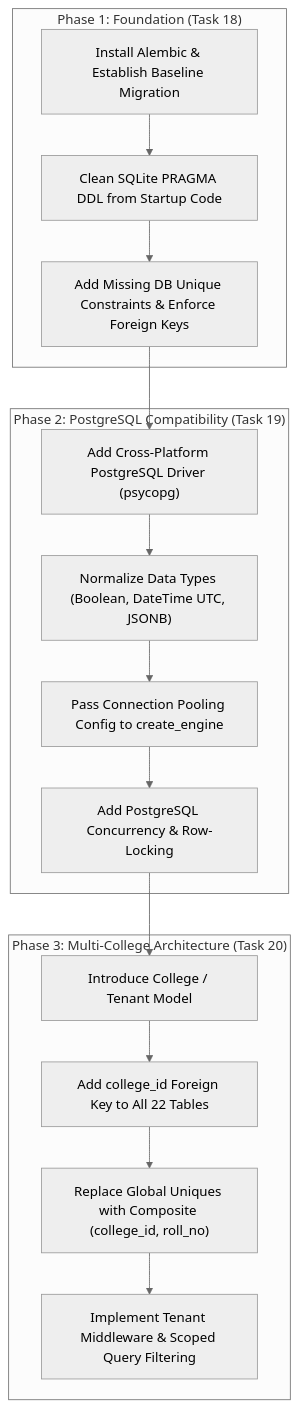
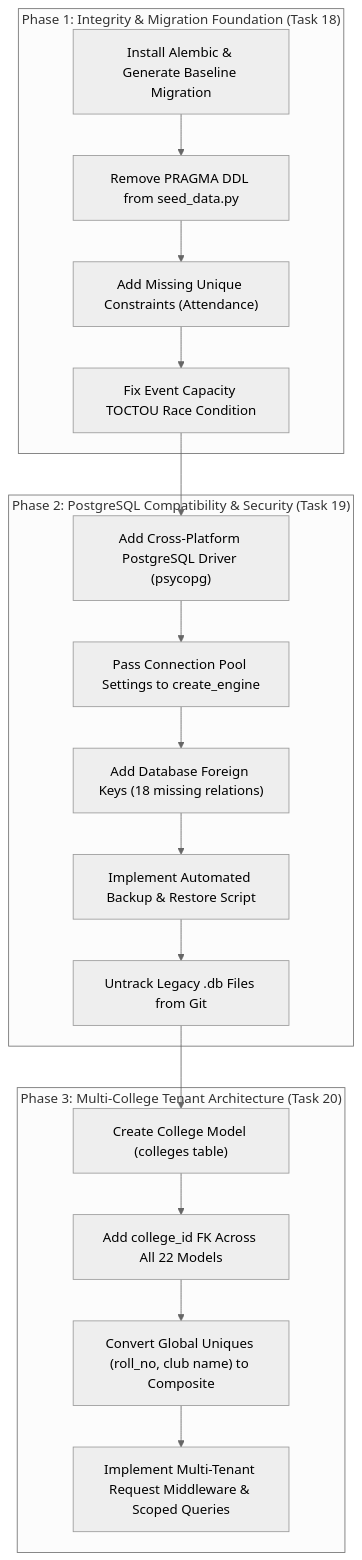
One commit to sanidhyasharma508-afk/SP0511---MAJOR-PROJECT- changed the diagram in docs/TASK_17_DATABASE_ARCHITECTURE_AUDIT.md. Above: the diagram before and after it, drawn with Mermaid (neutral theme). The commit also changed other lines of this file, not shown here.

Commit message:
docs(audit): complete model-by-model database audit evidence and foreign key inventory (Task 17B)

````diff
--- a/docs/TASK_17_DATABASE_ARCHITECTURE_AUDIT.md
+++ b/docs/TASK_17_DATABASE_ARCHITECTURE_AUDIT.md
@@ -510,26 +443,28 @@
 ```mermaid
 flowchart TD
-    subgraph "Phase 1: Foundation (Task 18)"
-        T1["Install Alembic & Establish Baseline Migration"]
-        T2["Clean SQLite PRAGMA DDL from Startup Code"]
-        T3["Add Missing DB Unique Constraints & Enforce Foreign Keys"]
+    subgraph "Phase 1: Integrity & Migration Foundation (Task 18)"
+        A1["Install Alembic & Generate Baseline Migration"]
+        A2["Remove PRAGMA DDL from seed_data.py"]
+        A3["Add Missing Unique Constraints (Attendance)"]
+        A4["Fix Event Capacity TOCTOU Race Condition"]
     end
 
-    subgraph "Phase 2: PostgreSQL Compatibility (Task 19)"
-        P1["Add Cross-Platform PostgreSQL Driver (psycopg)"]
-        P2["Normalize Data Types (Boolean, DateTime UTC, JSONB)"]
-        P3["Pass Connection Pooling Config to create_engine"]
-        P4["Add PostgreSQL Concurrency & Row-Locking"]
+    subgraph "Phase 2: PostgreSQL Compatibility & Security (Task 19)"
+        B1["Add Cross-Platform PostgreSQL Driver (psycopg)"]
+        B2["Pass Connection Pool Settings to create_engine"]
+        B3["Add Database Foreign Keys (18 missing relations)"]
+        B4["Implement Automated Backup & Restore Script"]
+        B5["Untrack Legacy .db Files from Git"]
     end
 
-    subgraph "Phase 3: Multi-College Architecture (Task 20)"
-        M1["Introduce College / Tenant Model"]
-        M2["Add college_id Foreign Key to All 22 Tables"]
-        M3["Replace Global Uniques with Composite (college_id, roll_no)"]
-        M4["Implement Tenant Middleware & Scoped Query Filtering"]
+    subgraph "Phase 3: Multi-College Tenant Architecture (Task 20)"
+        C1["Create College Model (colleges table)"]
+        C2["Add college_id FK Across All 22 Models"]
+        C3["Convert Global Uniques (roll_no, club name) to Composite"]
+        C4["Implement Multi-Tenant Request Middleware & Scoped Queries"]
     end
 
-    T1 --> T2 --> T3
-    T3 --> P1 --> P2 --> P3 --> P4
-    P4 --> M1 --> M2 --> M3 --> M4
+    A1 --> A2 --> A3 --> A4
+    A4 --> B1 --> B2 --> B3 --> B4 --> B5
+    B5 --> C1 --> C2 --> C3 --> C4
 ```
````
